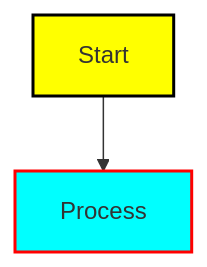
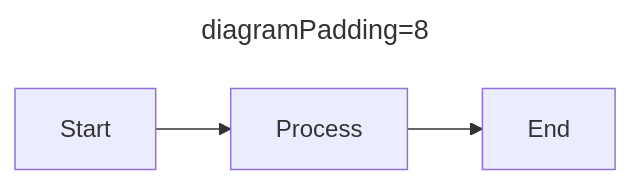
One commit to arunnambyar/tutorials changed diagram 33 of 42 in mermaid/docs/flowchart.md. Above: the diagram before and after it, drawn with Mermaid. The commit also changed other lines of this file, not shown here.

Commit message:
mermaid flowchart completed

````diff
--- a/mermaid/docs/flowchart.md
+++ b/mermaid/docs/flowchart.md
@@ -792,10 +857,9 @@
 ```mermaid
-flowchart TD
+---
+title: diagramPadding=8
+---
+%%{init: {'flowchart': {'diagramPadding': 8}}}%%
+flowchart LR
     A[Start] --> B[Process]
-    
-    classDef success fill:yellow,stroke:black,stroke-width:2px
-    classDef info fill:cyan,stroke:red,stroke-width:2px
-
-    class A success
-    class B info
+    B --> C[End]
 ```
````
